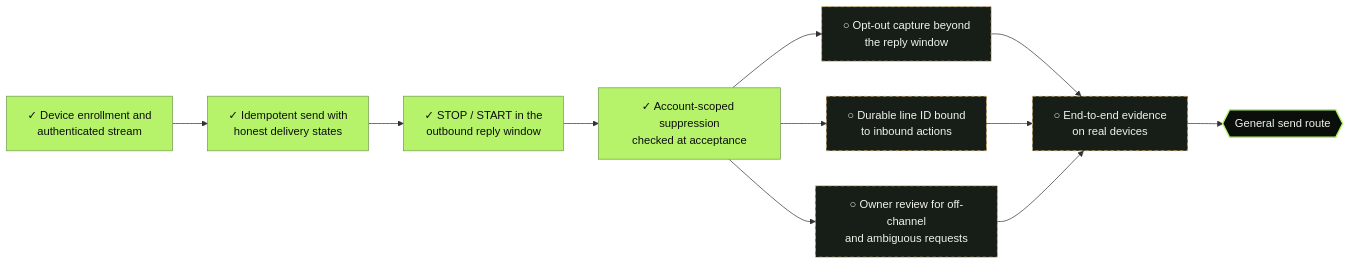
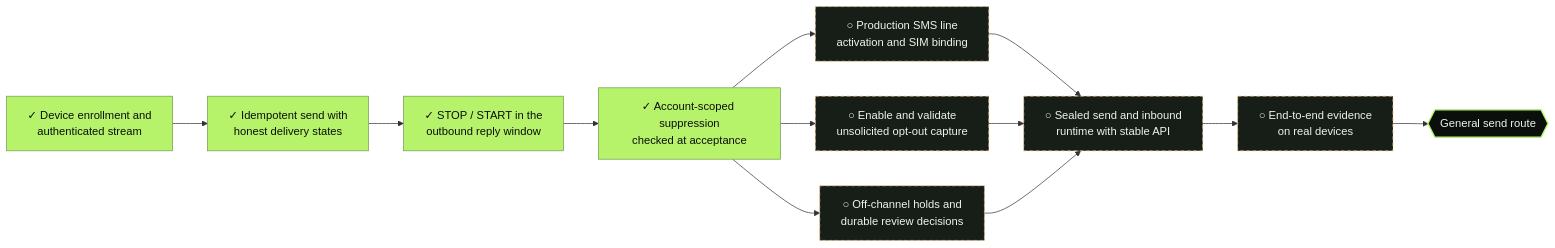
Before and after one commit to pboachie/zrotext: the second of 4 diagrams in docs/ROADMAP.md, drawn with Mermaid. The commit also changed other lines of this file and 7 other files, not shown here.

Commit message:
Connect the roadmap to customer workflows and AI use cases

````diff
--- a/docs/ROADMAP.md
+++ b/docs/ROADMAP.md
@@ -44,23 +66,25 @@
 ```mermaid
 flowchart LR
     classDef done fill:#b6f36a,stroke:#6f9b4b,color:#0b0f0c
     classDef open fill:#161e17,stroke:#edbe70,color:#f0f3e9,stroke-dasharray:5 4
     classDef gate fill:#0b0f0c,stroke:#b6f36a,color:#f0f3e9,stroke-width:2px
 
     g0_0["✓ Device enrollment and<br/>authenticated stream"]:::done
     g1_0["✓ Idempotent send with<br/>honest delivery states"]:::done
     g2_0["✓ STOP / START in the<br/>outbound reply window"]:::done
     g3_0["✓ Account-scoped suppression<br/>checked at acceptance"]:::done
-    g4_0["○ Opt-out capture beyond<br/>the reply window"]:::open
-    g4_1["○ Durable line ID bound<br/>to inbound actions"]:::open
-    g4_2["○ Owner review for off-channel<br/>and ambiguous requests"]:::open
-    g5_0["○ End-to-end evidence<br/>on real devices"]:::open
+    g4_0["○ Production SMS line<br/>activation and SIM binding"]:::open
+    g4_1["○ Enable and validate<br/>unsolicited opt-out capture"]:::open
+    g4_2["○ Off-channel holds and<br/>durable review decisions"]:::open
+    g5_0["○ Sealed send and inbound<br/>runtime with stable API"]:::open
+    g6_0["○ End-to-end evidence<br/>on real devices"]:::open
     G{{"General send route"}}:::gate
 
     g0_0 --> g1_0
     g1_0 --> g2_0
     g2_0 --> g3_0
     g3_0 --> g4_0 & g4_1 & g4_2
     g4_0 & g4_1 & g4_2 --> g5_0
-    g5_0 --> G
+    g5_0 --> g6_0
+    g6_0 --> G
 ```
````
